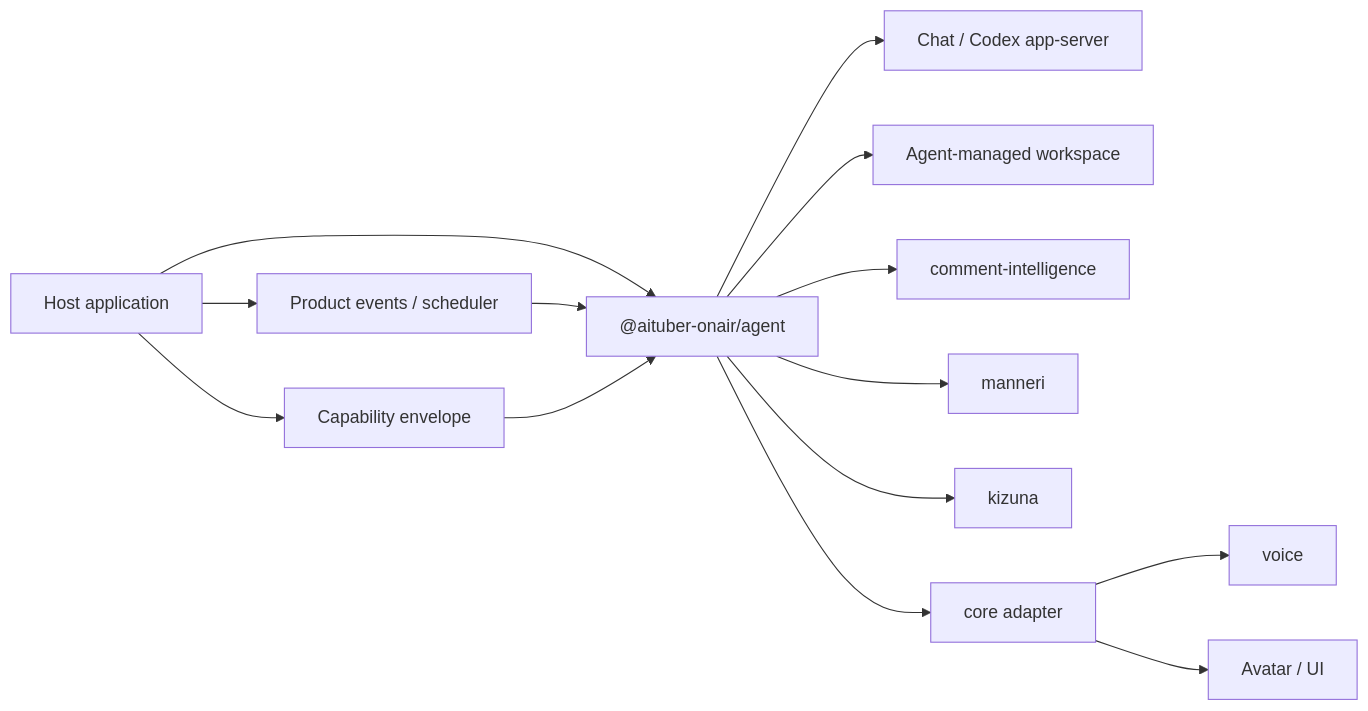
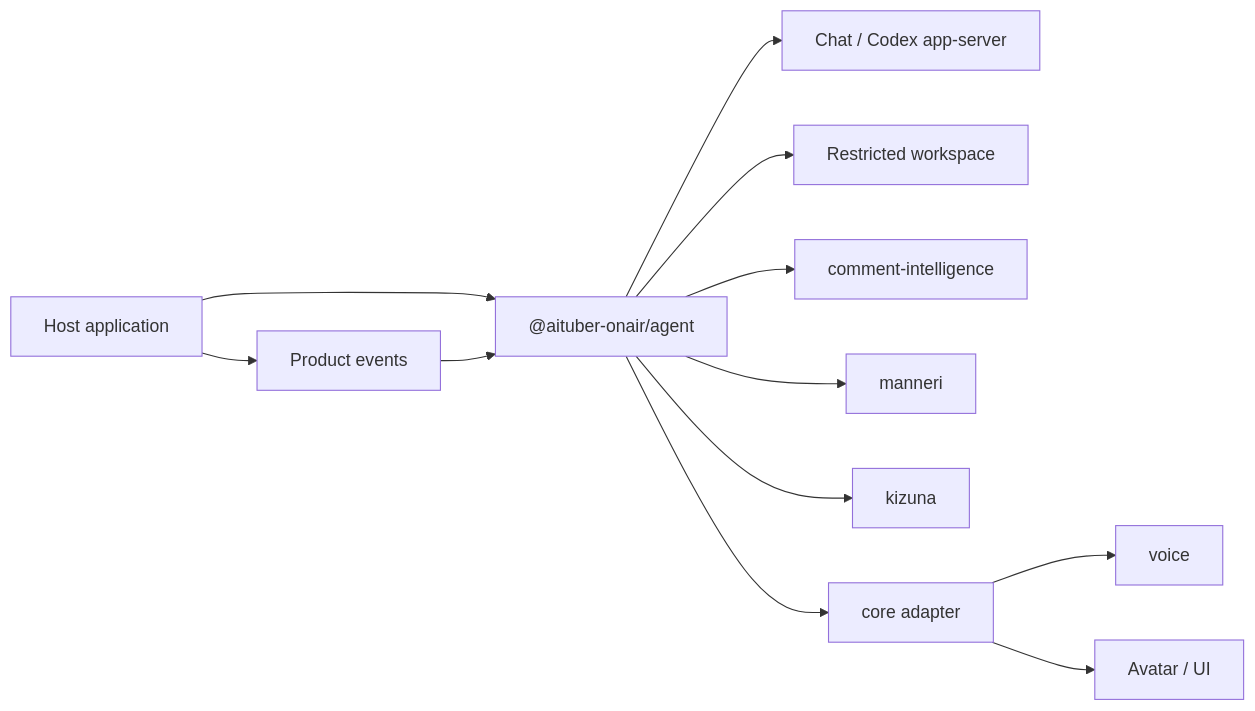
One commit to shinshin86/aituber-onair changed the diagram in packages/agent/README.md. Above: the diagram before and after it, drawn with Mermaid. The commit also changed other lines of this file and 1 other file, not shown here.

Commit message:
docs(agent): clarify package status

````diff
--- a/packages/agent/README.md
+++ b/packages/agent/README.md
@@ -155,16 +139,14 @@
 ```mermaid
 flowchart LR
     Host["Host application"] --> Agent["@aituber-onair/agent"]
-    Host --> Events["Product events / scheduler"]
+    Host --> Events["Product events"]
     Events --> Agent
-    Host --> Envelope["Capability envelope"]
-    Envelope --> Agent
     Agent --> Backend["Chat / Codex app-server"]
-    Agent --> Workspace["Agent-managed workspace"]
+    Agent --> Workspace["Restricted workspace"]
     Agent --> CI["comment-intelligence"]
     Agent --> Manneri["manneri"]
     Agent --> Kizuna["kizuna"]
     Agent --> Core["core adapter"]
     Core --> Voice["voice"]
     Core --> Avatar["Avatar / UI"]
 ```
````
